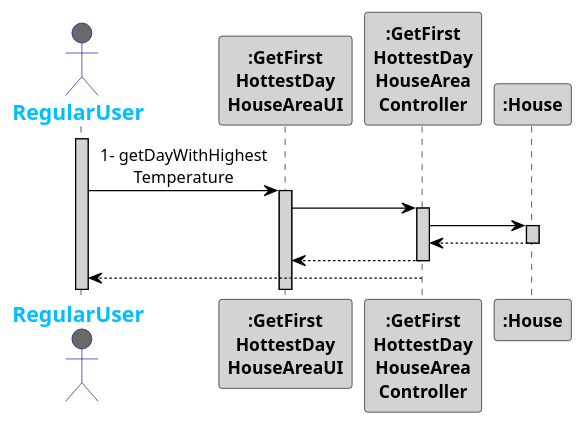
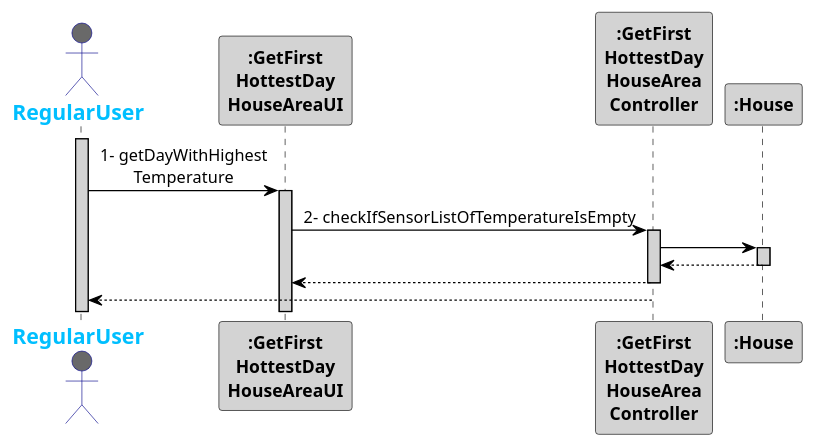
Before and after one commit to 1181687/hateoasToy: the diagram in src/main/java/pt/ipp/isep/dei/project/controllers/getFirstHottestDayHouseAreaController/SD_SequenceDiagramModel.puml, drawn with PlantUML. The commit also changed 1 other file, not shown here.

Commit message:
Addresses #121 - Update of sequence diagram and UI

```diff
--- a/src/main/java/pt/ipp/isep/dei/project/controllers/getFirstHottestDayHouseAreaController/SD_SequenceDiagramModel.puml
+++ b/src/main/java/pt/ipp/isep/dei/project/controllers/getFirstHottestDayHouseAreaController/SD_SequenceDiagramModel.puml
@@ -1,36 +1,36 @@
 @startuml
 skinparam sequenceMessageAlign center
 skinparam sequence {
 	ArrowColor Black
 	ActorBorderColor DarkBlue
 	LifeLineBorderColor black
 	LifeLineBackgroundColor LightGrey
 
 	ParticipantBorderColor Black
 	ParticipantBackgroundColor LightGrey
 	ParticipantFontStyle Bold
 
 	ActorBackgroundColor DimGrey
 	ActorFontColor DeepSkyBlue
 	ActorFontStyle Bold
 	ActorFontSize 17
 	ActorFontName Aapex
 }
 
 actor RegularUser
 activate RegularUser
 RegularUser -> ":GetFirst\nHottestDay\nHouseAreaUI": 1- getDayWithHighest\nTemperature
 activate ":GetFirst\nHottestDay\nHouseAreaUI"
-":GetFirst\nHottestDay\nHouseAreaUI" -> ":GetFirst\nHottestDay\nHouseArea\nController":
+":GetFirst\nHottestDay\nHouseAreaUI" -> ":GetFirst\nHottestDay\nHouseArea\nController": 2- checkIfSensorListOfTemperatureIsEmpty
 activate ":GetFirst\nHottestDay\nHouseArea\nController"
 ":GetFirst\nHottestDay\nHouseArea\nController" -> ":House":
 activate ":House"
 ":GetFirst\nHottestDay\nHouseArea\nController" <-- ":House":
 deactivate ":House"
 ":GetFirst\nHottestDay\nHouseAreaUI" <-- ":GetFirst\nHottestDay\nHouseArea\nController":
 deactivate ":GetFirst\nHottestDay\nHouseArea\nController"
 RegularUser <-- ":GetFirst\nHottestDay\nHouseArea\nController":
 deactivate ":GetFirst\nHottestDay\nHouseArea\nController"
 
 
 @enduml
```
